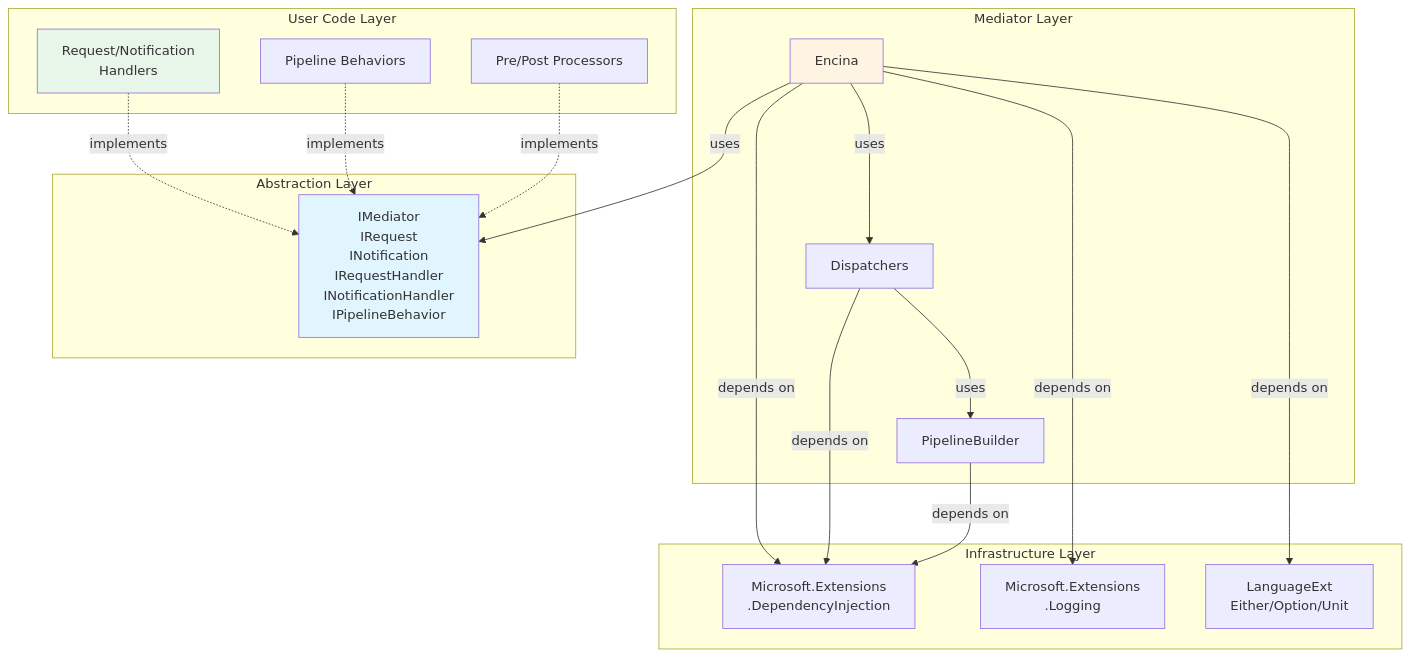
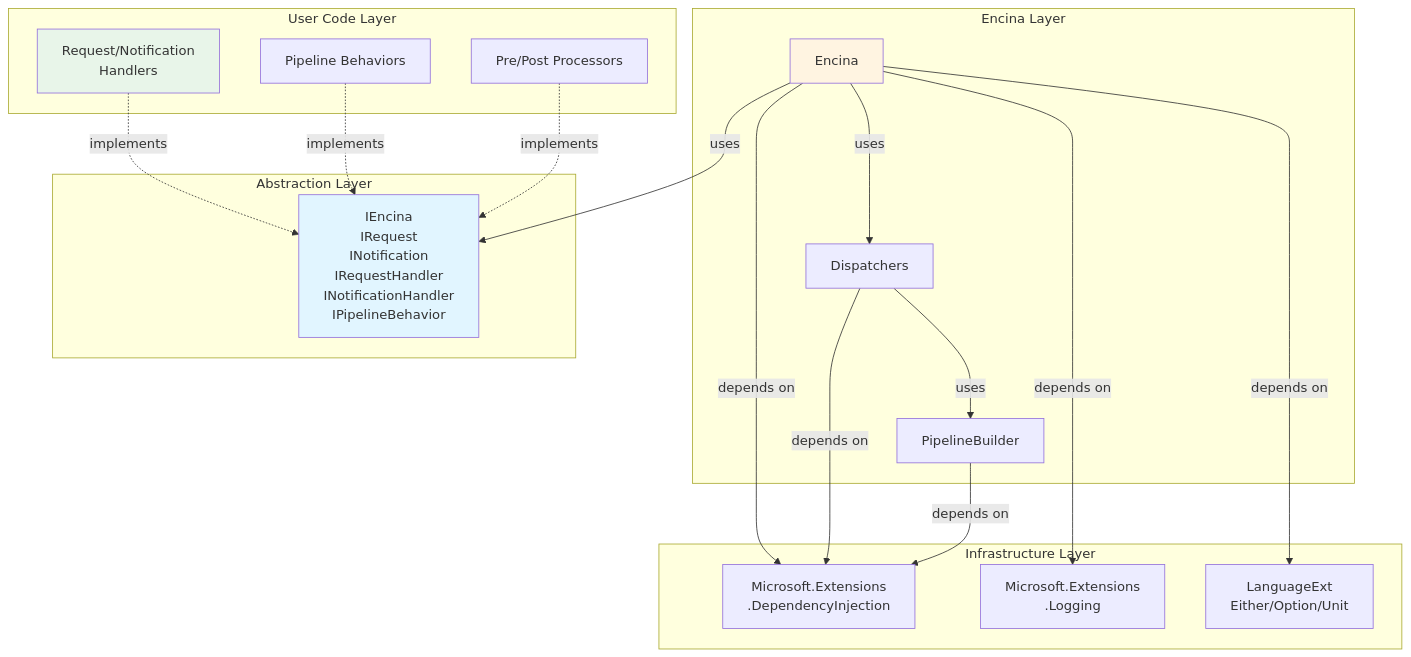
The seventh of 7 diagrams in docs/architecture/component-diagram.md (dlrivada/Encina), drawn with Mermaid before and after one commit. The commit also changed other lines of this file and 394 other files, not shown here.

First line of the commit message:
refactor: complete Mediator to Encina renaming across entire codebase

````diff
--- a/docs/architecture/component-diagram.md
+++ b/docs/architecture/component-diagram.md
@@ -353,43 +353,43 @@
 ```mermaid
 graph TB
     subgraph "User Code Layer"
         Handlers[Request/Notification<br/>Handlers]
         Behaviors[Pipeline Behaviors]
         Processors[Pre/Post Processors]
     end
 
-    subgraph "Mediator Layer"
-        Mediator[Encina]
+    subgraph "Encina Layer"
+        Encina[Encina]
         Dispatchers[Dispatchers]
         Pipeline[PipelineBuilder]
     end
 
     subgraph "Abstraction Layer"
-        Contracts[IMediator<br/>IRequest<br/>INotification<br/>IRequestHandler<br/>INotificationHandler<br/>IPipelineBehavior]
+        Contracts[IEncina<br/>IRequest<br/>INotification<br/>IRequestHandler<br/>INotificationHandler<br/>IPipelineBehavior]
     end
 
     subgraph "Infrastructure Layer"
         DI[Microsoft.Extensions<br/>.DependencyInjection]
         Logging[Microsoft.Extensions<br/>.Logging]
         LanguageExt[LanguageExt<br/>Either/Option/Unit]
     end
 
     Handlers -.->|implements| Contracts
     Behaviors -.->|implements| Contracts
     Processors -.->|implements| Contracts
 
-    Mediator -->|uses| Contracts
-    Mediator -->|uses| Dispatchers
+    Encina -->|uses| Contracts
+    Encina -->|uses| Dispatchers
     Dispatchers -->|uses| Pipeline
 
-    Mediator -->|depends on| DI
-    Mediator -->|depends on| Logging
-    Mediator -->|depends on| LanguageExt
+    Encina -->|depends on| DI
+    Encina -->|depends on| Logging
+    Encina -->|depends on| LanguageExt
 
     Dispatchers -->|depends on| DI
     Pipeline -->|depends on| DI
 
     style Contracts fill:#e1f5ff
     style Handlers fill:#e8f5e9
-    style Mediator fill:#fff4e1
+    style Encina fill:#fff4e1
 ```
````
